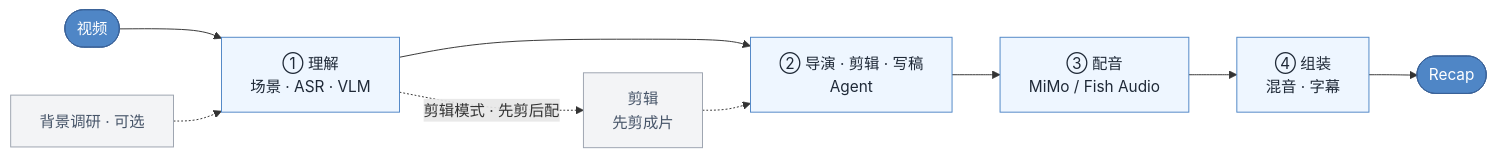
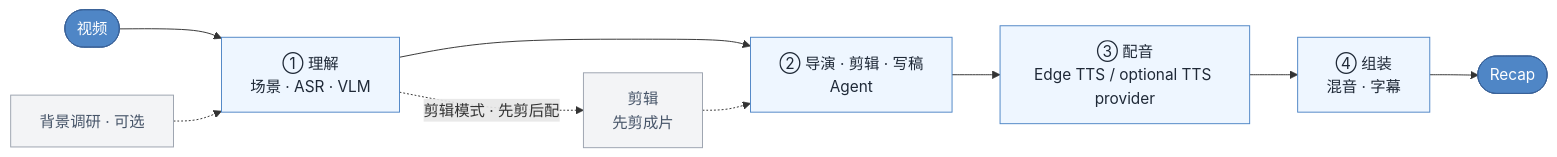
The diagram in README.md (yatosomama/myanmar-video-recap-skills), drawn with Mermaid before and after one commit. The commit also changed other lines of this file and 10 other files, not shown here.

````diff
--- a/README.md
+++ b/README.md
@@ -324,13 +325,13 @@
 ```mermaid
 flowchart LR
     video(["视频"]) --> understand["① 理解<br/>场景 · ASR · VLM"]
     research["背景调研 · 可选"] -.-> understand
-    understand --> script["② 导演 · 剪辑 · 写稿<br/>Agent"] --> voiceover["③ 配音<br/>MiMo / Fish Audio"] --> assemble["④ 组装<br/>混音 · 字幕"] --> output(["Recap"])
+    understand --> script["② 导演 · 剪辑 · 写稿<br/>Agent"] --> voiceover["③ 配音<br/>Edge TTS / optional TTS provider"] --> assemble["④ 组装<br/>混音 · 字幕"] --> output(["Recap"])
     understand -. 剪辑模式 · 先剪后配 .-> cut["剪辑<br/>先剪成片"] -.-> script
     classDef io fill:#4f86c6,stroke:#3a6298,color:#fff;
     classDef stage fill:#eef6ff,stroke:#4f86c6,color:#1f2937;
     classDef opt fill:#f3f4f6,stroke:#9ca3af,color:#475569;
     class video,output io;
     class understand,script,voiceover,assemble stage;
     class research,cut opt;
 ```
````
